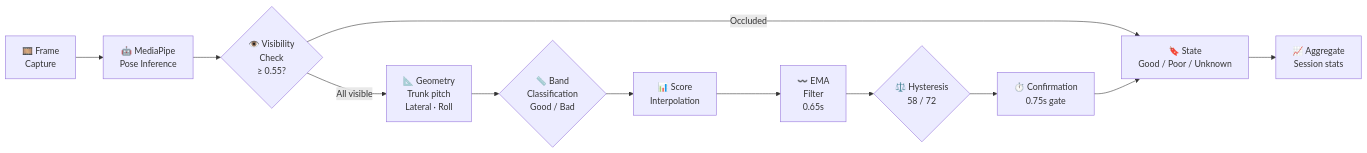
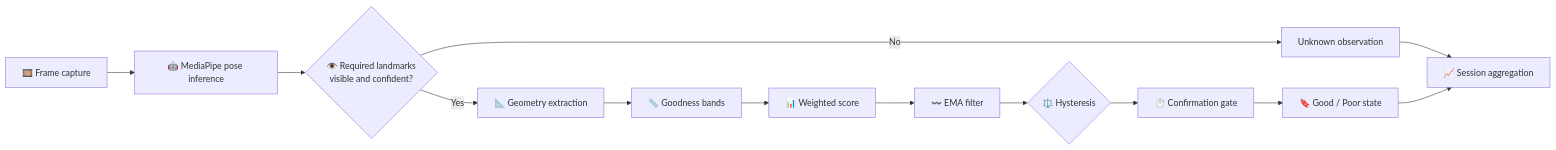
One commit to AIstar007/seated-posture-monitor changed the second of 2 diagrams in README.md. Above: the diagram before and after it, drawn with Mermaid. The commit also changed other lines of this file, not shown here.

````diff
--- a/README.md
+++ b/README.md
@@ -66,26 +76,15 @@
 ```mermaid
-graph LR
-    FRAME["🎞️ Frame\nCapture"]
-    MP["🤖 MediaPipe\nPose Inference"]
-    VCHECK{"👁️ Visibility\nCheck\n≥ 0.55?"}
-    GEOM["📐 Geometry\nTrunk pitch\nLateral · Roll"]
-    BAND{"📏 Band\nClassification\nGood / Bad"}
-    SCORE["📊 Score\nInterpolation"]
-    EMA["〰️ EMA\nFilter\n0.65s"]
-    HYST{"⚖️ Hysteresis\n58 / 72"}
-    CONF["⏱️ Confirmation\n0.75s gate"]
-    STATE["🔖 State\nGood / Poor / Unknown"]
-    AGG["📈 Aggregate\nSession stats"]
-
-    FRAME --> MP
-    MP --> VCHECK
-    VCHECK -->|All visible| GEOM
-    VCHECK -->|Occluded| STATE
-    GEOM --> BAND
-    BAND --> SCORE
-    SCORE --> EMA
-    EMA --> HYST
-    HYST --> CONF
-    CONF --> STATE
+flowchart LR
+    FRAME["🎞️ Frame capture"] --> MP["🤖 MediaPipe pose inference"]
+    MP --> VCHECK{"👁️ Required landmarks<br/>visible and confident?"}
+    VCHECK -->|No| UNKNOWN["Unknown observation"]
+    VCHECK -->|Yes| GEOM["📐 Geometry extraction"]
+    GEOM --> BAND["📏 Goodness bands"]
+    BAND --> SCORE["📊 Weighted score"]
+    SCORE --> EMA["〰️ EMA filter"]
+    EMA --> HYST{"⚖️ Hysteresis"}
+    HYST --> CONF["⏱️ Confirmation gate"]
+    CONF --> STATE["🔖 Good / Poor state"]
+    UNKNOWN --> AGG["📈 Session aggregation"]
     STATE --> AGG
 ```
````
